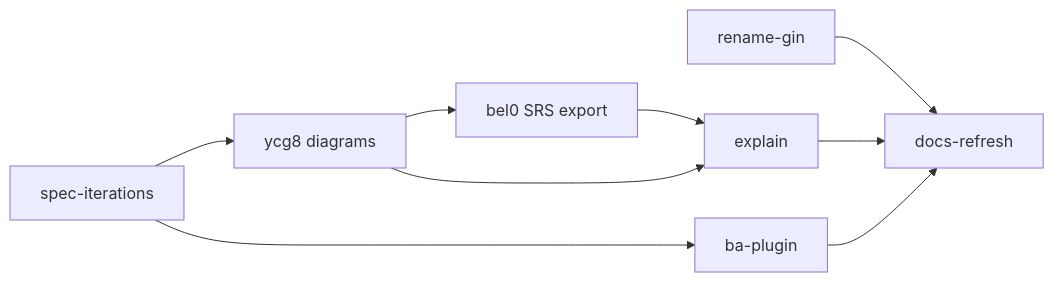
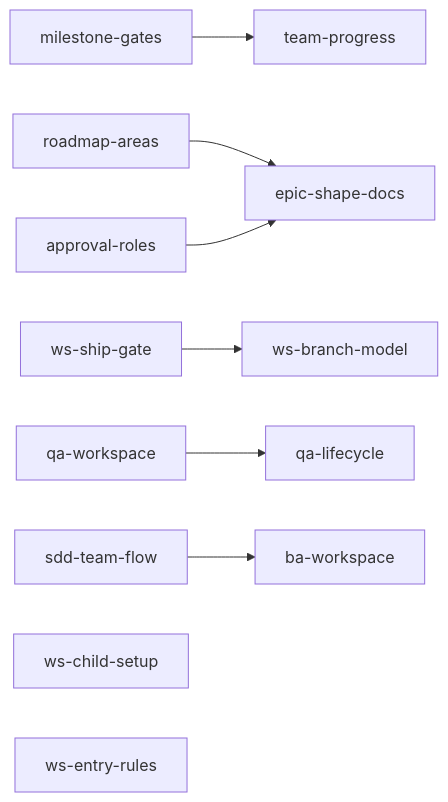
Before and after one commit to giangdhwhtbr/gin-workflow: the diagram in .planning/roadmap.md, drawn with Mermaid. The commit also changed other lines of this file, not shown here.

Commit message:
docs(roadmap): process review follow-up, 13 epics from the synthesis

````diff
--- a/.planning/roadmap.md
+++ b/.planning/roadmap.md
@@ -37,11 +48,11 @@
 ```mermaid
 flowchart LR
-    A[spec-iterations] --> B[ycg8 diagrams]
-    A --> C[ba-plugin]
-    B --> D[bel0 SRS export]
-    D --> E[explain]
-    B --> E
-    R[rename-gin] --> X[docs-refresh]
-    E --> X
-    C --> X
+    MG[milestone-gates] --> TP[team-progress]
+    RA[roadmap-areas] --> ES[epic-shape-docs]
+    AR[approval-roles] --> ES
+    SG[ws-ship-gate] --> BM[ws-branch-model]
+    QW[qa-workspace] --> QL[qa-lifecycle]
+    SD[sdd-team-flow] --> BA[ba-workspace]
+    CS[ws-child-setup]
+    ER[ws-entry-rules]
 ```
````
